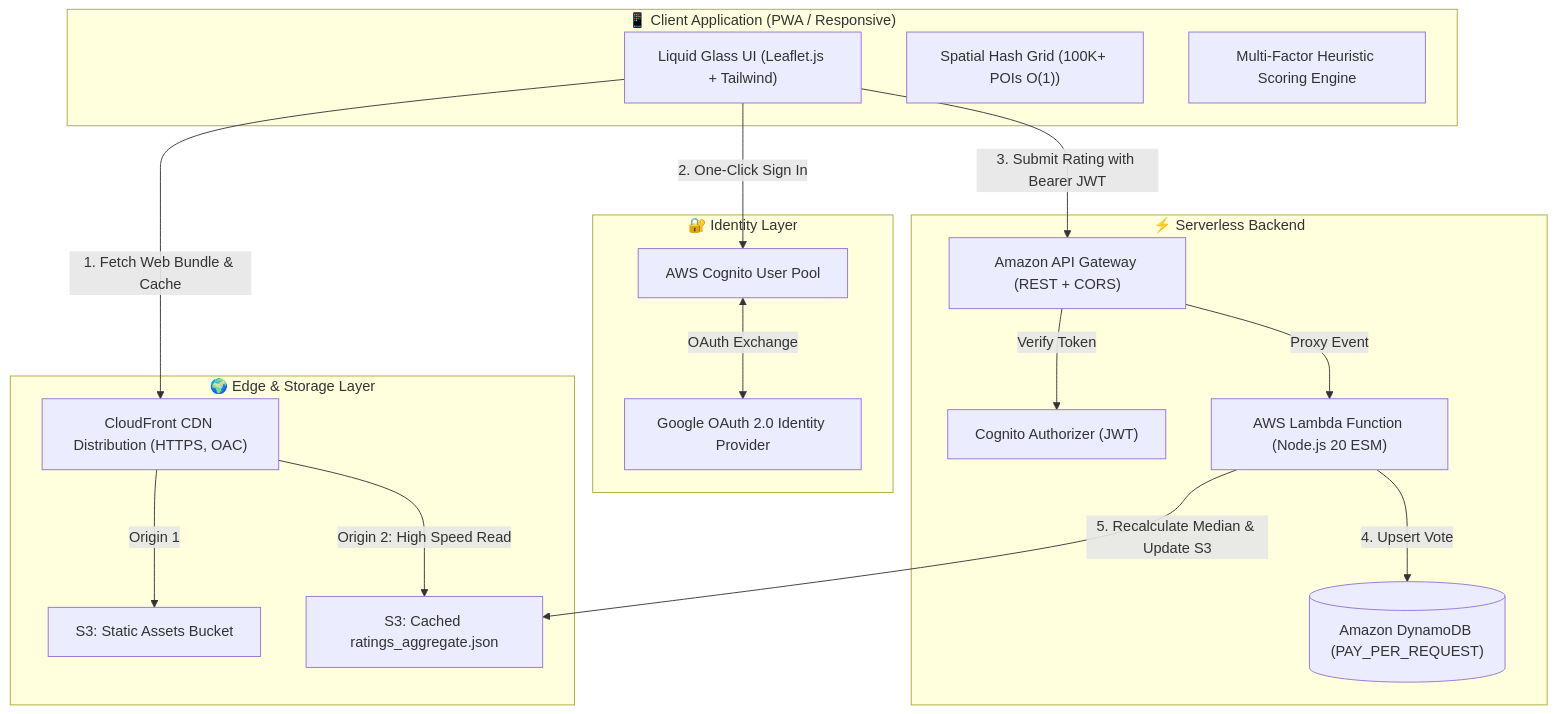
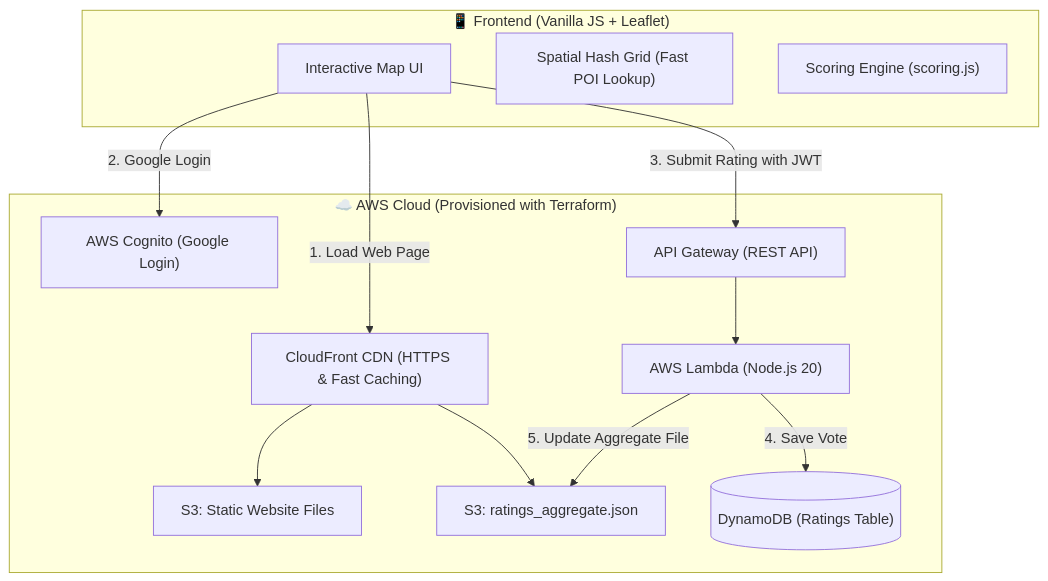
Before and after one commit to VersionTV/park-sezgi: the diagram in README.md, drawn with Mermaid. The commit also changed other lines of this file and 1 other file, not shown here.

````diff
--- a/README.md
+++ b/README.md
@@ -19,42 +39,28 @@
 ```mermaid
 flowchart TD
-    subgraph Client["📱 Client Application (PWA / Responsive)"]
-        UI["Liquid Glass UI (Leaflet.js + Tailwind)"]
-        Grid["Spatial Hash Grid (100K+ POIs O(1))"]
-        Engine["Multi-Factor Heuristic Scoring Engine"]
+    subgraph Client["📱 Frontend (Vanilla JS + Leaflet)"]
+        UI["Interactive Map UI"]
+        Grid["Spatial Hash Grid (Fast POI Lookup)"]
+        Engine["Scoring Engine (scoring.js)"]
     end
 
-    subgraph CDN["🌍 Edge & Storage Layer"]
-        CF["CloudFront CDN Distribution (HTTPS, OAC)"]
-        S3Static["S3: Static Assets Bucket"]
-        S3Data["S3: Cached ratings_aggregate.json"]
+    subgraph AWS["☁️ AWS Cloud (Provisioned with Terraform)"]
+        CF["CloudFront CDN (HTTPS & Fast Caching)"]
+        S3Site["S3: Static Website Files"]
+        S3Data["S3: ratings_aggregate.json"]
+        Cognito["AWS Cognito (Google Login)"]
+        APIGW["API Gateway (REST API)"]
+        Lambda["AWS Lambda (Node.js 20)"]
+        DDB[("DynamoDB (Ratings Table)")]
     end
 
-    subgraph Auth["🔐 Identity Layer"]
-        Cognito["AWS Cognito User Pool"]
-        Google["Google OAuth 2.0 Identity Provider"]
-    end
+    UI -->|1. Load Web Page| CF
+    CF --> S3Site
+    CF --> S3Data
 
-    subgraph Compute["⚡ Serverless Backend"]
-        APIGW["Amazon API Gateway (REST + CORS)"]
-        AuthZ["Cognito Authorizer (JWT)"]
-        Lambda["AWS Lambda Function (Node.js 20 ESM)"]
-        DDB[("Amazon DynamoDB (PAY_PER_REQUEST)")]
-    end
-
-    %% Read Flow
-    UI -->|1. Fetch Web Bundle & Cache| CF
-    CF -->|Origin 1| S3Static
-    CF -->|Origin 2: High Speed Read| S3Data
-
-    %% Auth Flow
-    UI -->|2. One-Click Sign In| Cognito
-    Cognito <-->|OAuth Exchange| Google
-
-    %% Write Flow
-    UI -->|3. Submit Rating with Bearer JWT| APIGW
-    APIGW -->|Verify Token| AuthZ
-    APIGW -->|Proxy Event| Lambda
-    Lambda -->|4. Upsert Vote| DDB
-    Lambda -->|5. Recalculate Median & Update S3| S3Data
+    UI -->|2. Google Login| Cognito
+    UI -->|3. Submit Rating with JWT| APIGW
+    APIGW --> Lambda
+    Lambda -->|4. Save Vote| DDB
+    Lambda -->|5. Update Aggregate File| S3Data
 ```
````
